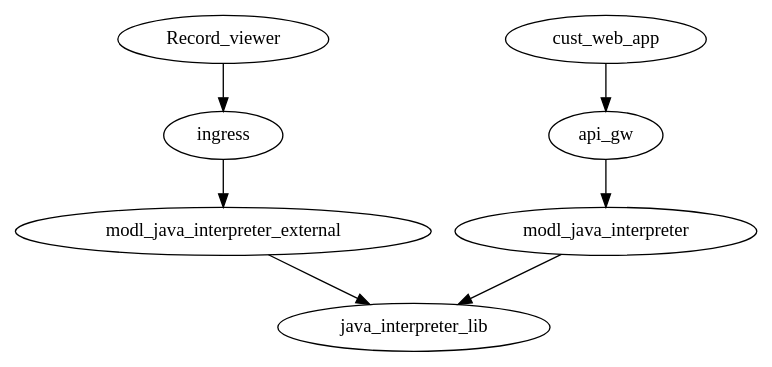
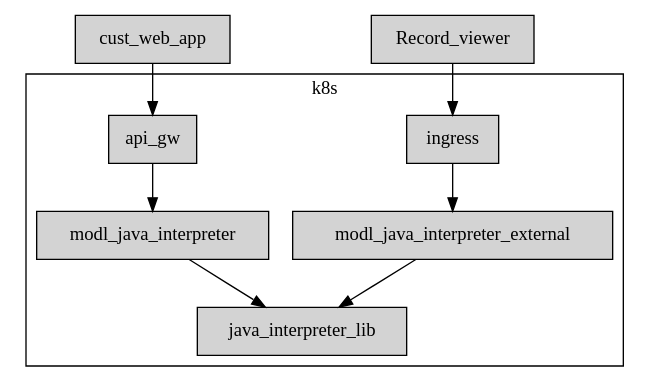
One commit to MODLanguage/java-interpreter-server changed the diagram in diagrams/prod.dot. Above: the diagram before and after it, drawn with Graphviz. The commit also changed 10 other files, not shown here.

```diff
--- a/diagrams/prod.dot
+++ b/diagrams/prod.dot
@@ -1,8 +1,18 @@
 digraph prod {
+    node [style=filled shape=box];
     api_gw -> modl_java_interpreter;
     cust_web_app -> api_gw;
     ingress -> modl_java_interpreter_external;
     Record_viewer -> ingress;
     modl_java_interpreter-> java_interpreter_lib;
     modl_java_interpreter_external-> java_interpreter_lib;
+
+    subgraph cluster_1 {
+        label=k8s
+        api_gw;
+        ingress;
+        modl_java_interpreter;
+        java_interpreter_lib;
+        modl_java_interpreter_external;
+    }
 }
```
